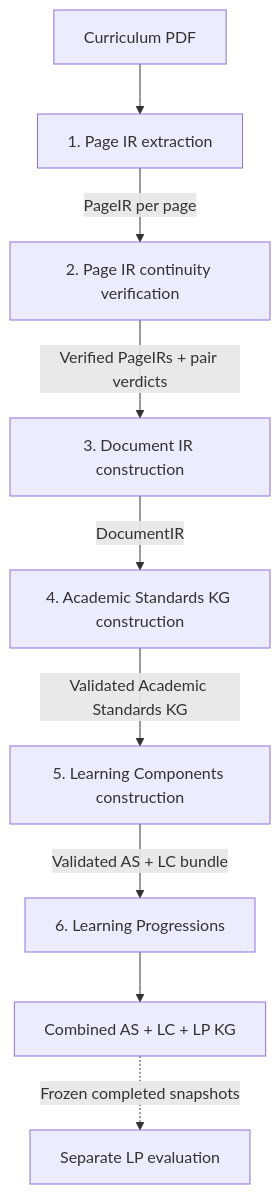
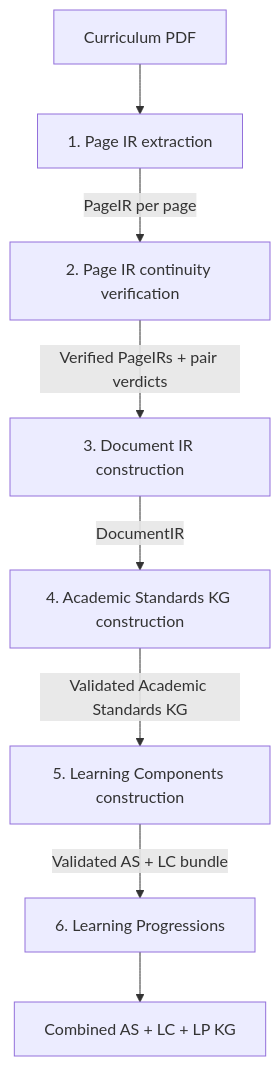
One commit to IDinsight/KGForEdGlobal changed the first of 3 diagrams in docs/architecture.md. Above: the diagram before and after it, drawn with Mermaid. The commit also changed other lines of this file and 9 other files, not shown here.

````diff
--- a/docs/architecture.md
+++ b/docs/architecture.md
@@ -22,11 +22,10 @@
 ```mermaid
 flowchart TD
     A[Curriculum PDF] --> B[1. Page IR extraction]
     B -->|PageIR per page| C[2. Page IR continuity verification]
     C -->|Verified PageIRs + pair verdicts| D[3. Document IR construction]
     D -->|DocumentIR| E[4. Academic Standards KG construction]
     E -->|Validated Academic Standards KG| F[5. Learning Components construction]
     F -->|Validated AS + LC bundle| G[6. Learning Progressions]
     G --> H[Combined AS + LC + LP KG]
-    H -. Frozen completed snapshots .-> I[Separate LP evaluation]
 ```
````
